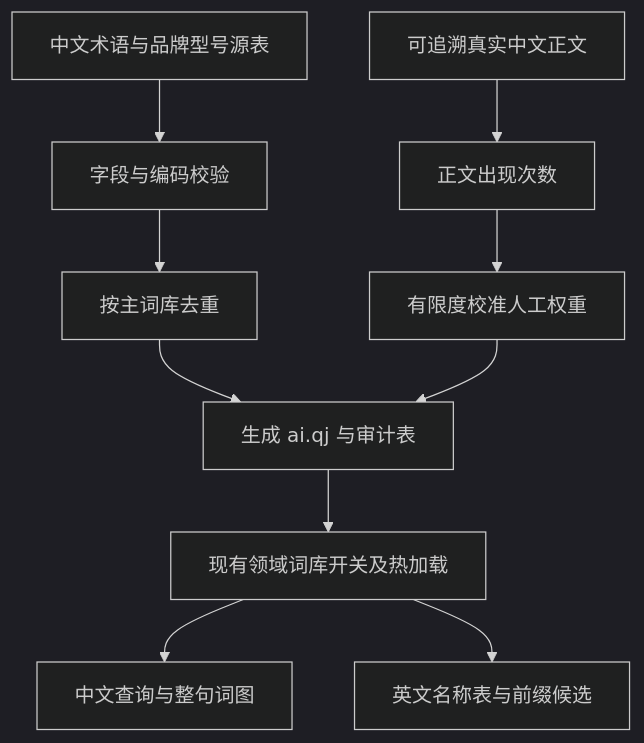
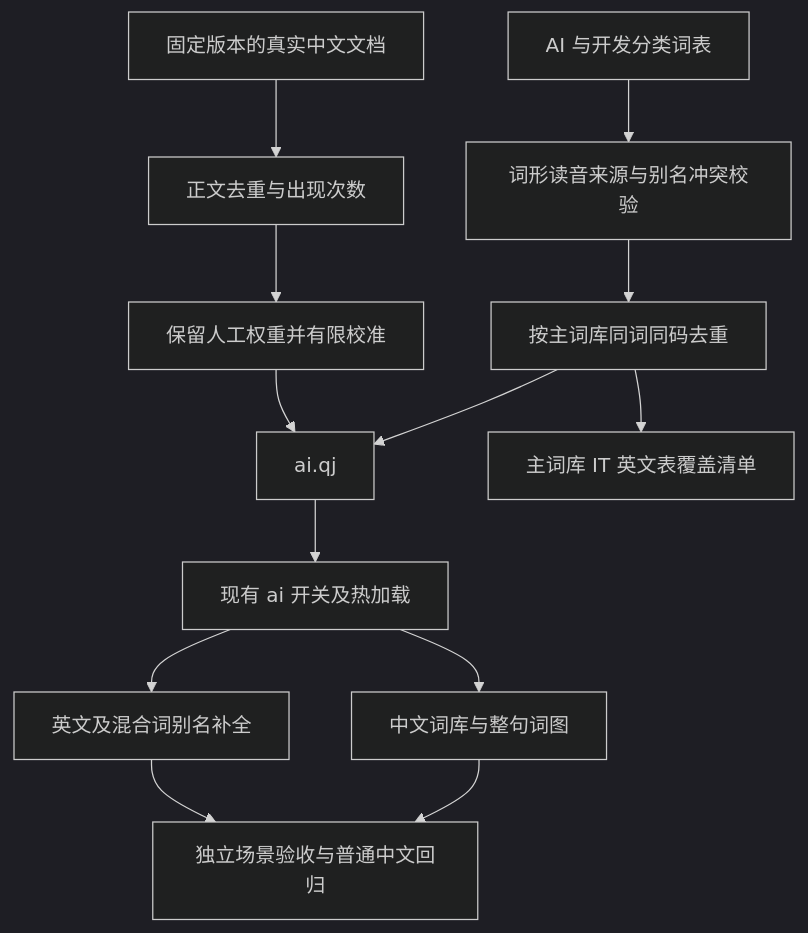
Before and after one commit to rambocode/glimmer: the diagram in docs/design/ai-dictionary.md, drawn with Mermaid (dark theme). The commit also changed other lines of this file and 37 other files, not shown here.

````diff
--- a/docs/design/ai-dictionary.md
+++ b/docs/design/ai-dictionary.md
@@ -13,12 +17,15 @@
 ```mermaid
 flowchart TD
-    A[中文术语与品牌型号源表] --> C[字段与编码校验]
-    B[可追溯真实中文正文] --> D[正文出现次数]
-    C --> E[按主词库去重]
-    D --> F[有限度校准人工权重]
-    E --> G[生成 ai.qj 与审计表]
+    A[AI 与开发分类词表] --> C[词形读音来源与别名冲突校验]
+    B[固定版本的真实中文文档] --> D[正文去重与出现次数]
+    C --> E[按主词库同词同码去重]
+    D --> F[保留人工权重并有限校准]
+    E --> G[ai.qj]
     F --> G
-    G --> H[现有领域词库开关及热加载]
-    H --> I[中文查询与整句词图]
-    H --> J[英文名称表与前缀候选]
+    E --> R[主词库 IT 英文表覆盖清单]
+    G --> H[现有 ai 开关及热加载]
+    H --> I[中文词库与整句词图]
+    H --> J[英文及混合词别名补全]
+    I --> K[独立场景验收与普通中文回归]
+    J --> K
 ```
````
